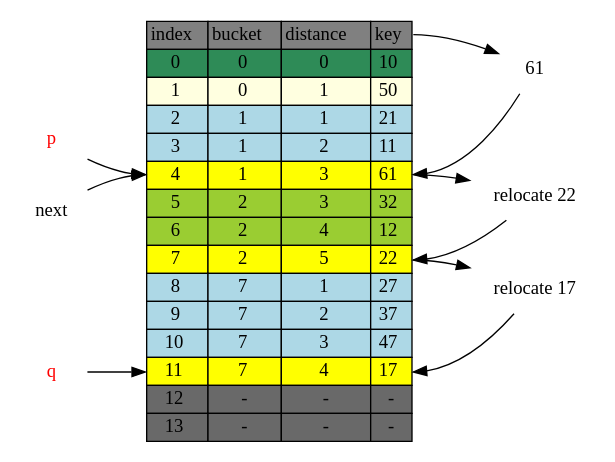
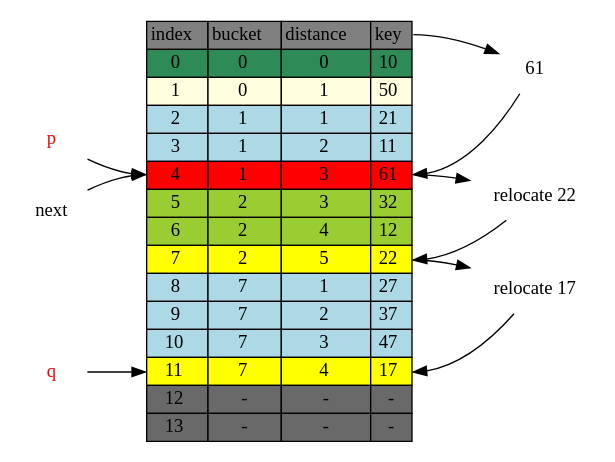
Before and after one commit to jasonlue/digest: the diagram in hashing/cluster-insert-61-adjust-4.dot, drawn with Graphviz. The commit also changed 12 other files, not shown here.

```diff
--- a/hashing/cluster-insert-61-adjust-4.dot
+++ b/hashing/cluster-insert-61-adjust-4.dot
@@ -1,109 +1,109 @@
 digraph table{
     rankdir=LR
     node[shape=plaintext]
 
      table[label=<
         <TABLE BORDER="0" CELLBORDER="1" CELLSPACING="0">
             <TR>
                 <TD BGCOLOR="grey">index</TD>
                 <TD BGCOLOR="grey">bucket</TD>
                 <TD BGCOLOR="grey">distance</TD>
                 <TD BGCOLOR="grey" PORT="k">key</TD>
             </TR>           
             <TR>
                 <TD BGCOLOR="seagreen" PORT="i0">0</TD>
                 <TD BGCOLOR="seagreen">0</TD>
                 <TD BGCOLOR="seagreen">0</TD>
                 <TD BGCOLOR="seagreen" PORT="k0">10</TD>
             </TR>           
             <TR>
                 <TD BGCOLOR="lightyellow" PORT="i1">1</TD>
                 <TD BGCOLOR="lightyellow">0</TD>
                 <TD BGCOLOR="lightyellow">1</TD>
                 <TD BGCOLOR="lightyellow" PORT="k1">50</TD>
             </TR>           
             <TR>
                 <TD BGCOLOR="lightblue" PORT="i2">2</TD>
                 <TD BGCOLOR="lightblue">1</TD>
                 <TD BGCOLOR="lightblue">1</TD>
                 <TD BGCOLOR="lightblue" PORT="k2">21</TD>
             </TR>           
             <TR>
                 <TD BGCOLOR="lightblue" PORT="i3">3</TD>
                 <TD BGCOLOR="lightblue">1</TD>
                 <TD BGCOLOR="lightblue">2</TD>
                 <TD BGCOLOR="lightblue" PORT="k3">11</TD>
             </TR>           
             <TR>
-                <TD BGCOLOR="yellow" PORT="i4">4</TD>
-                <TD BGCOLOR="yellow">1</TD>
-                <TD BGCOLOR="yellow">3</TD>
-                <TD BGCOLOR="yellow" PORT="k4">61</TD>
+                <TD BGCOLOR="red" PORT="i4">4</TD>
+                <TD BGCOLOR="red">1</TD>
+                <TD BGCOLOR="red">3</TD>
+                <TD BGCOLOR="red" PORT="k4">61</TD>
             </TR>           
             <TR>
                 <TD BGCOLOR="yellowgreen" PORT="i5">5</TD>
                 <TD BGCOLOR="yellowgreen">2</TD>
                 <TD BGCOLOR="yellowgreen">3</TD>
                 <TD BGCOLOR="yellowgreen" PORT="k5">32</TD>
             </TR>
             <TR>
                 <TD BGCOLOR="yellowgreen" PORT="i6">6</TD>
                 <TD BGCOLOR="yellowgreen">2</TD>
                 <TD BGCOLOR="yellowgreen">4</TD>
                 <TD BGCOLOR="yellowgreen" PORT="k6">12</TD> 
             </TR>           
             <TR>
                 <TD BGCOLOR="yellow" PORT="i7">7</TD>
                 <TD BGCOLOR="yellow">2</TD>
                 <TD BGCOLOR="yellow">5</TD>
                 <TD BGCOLOR="yellow" PORT="k7">22</TD>
             </TR>           
             <TR>
                 <TD BGCOLOR="lightblue" PORT="i8">8</TD>
                 <TD BGCOLOR="lightblue">7</TD>
                 <TD BGCOLOR="lightblue">1</TD>
                 <TD BGCOLOR="lightblue" PORT="k8">27</TD>
             </TR>           
             <TR>
                 <TD BGCOLOR="lightblue" PORT="i9">9</TD>
                 <TD BGCOLOR="lightblue">7</TD>
                 <TD BGCOLOR="lightblue">2</TD>
                 <TD BGCOLOR="lightblue" PORT="k9">37</TD>
             </TR>           
             <TR>
                 <TD BGCOLOR="lightblue" PORT="i10">10</TD>
                 <TD BGCOLOR="lightblue">7</TD>
                 <TD BGCOLOR="lightblue">3</TD>
                 <TD BGCOLOR="lightblue" PORT="k10">47</TD>
             </TR>           
             <TR>
                 <TD BGCOLOR="yellow" PORT="i11">11</TD>
                 <TD BGCOLOR="yellow">7</TD>
                 <TD BGCOLOR="yellow">4</TD>
                 <TD BGCOLOR="yellow" PORT="k11">17</TD>
             </TR>           
             <TR>
                 <TD BGCOLOR="dimgrey" PORT="i12">12</TD>
                 <TD BGCOLOR="dimgrey">-</TD>
                 <TD BGCOLOR="dimgrey">-</TD>
                 <TD BGCOLOR="dimgrey" PORT="k12">-</TD>
             </TR>           
             <TR>
                 <TD BGCOLOR="dimgrey" PORT="i13">13</TD>
                 <TD BGCOLOR="dimgrey">-</TD>
                 <TD BGCOLOR="dimgrey">-</TD>
                 <TD BGCOLOR="dimgrey" PORT="k13">-</TD>
             </TR>           
         </TABLE>
     >]
 
  table:k->"61"->table:k4
 
  table:k4->"relocate 22" -> table:k7 -> "relocate 17" ->table:k11
 
 p [fontcolor="red"]
 q [fontcolor="red"]
  p -> table:i4
  q -> table:i11
  "next" -> table:i4 
  }
```
